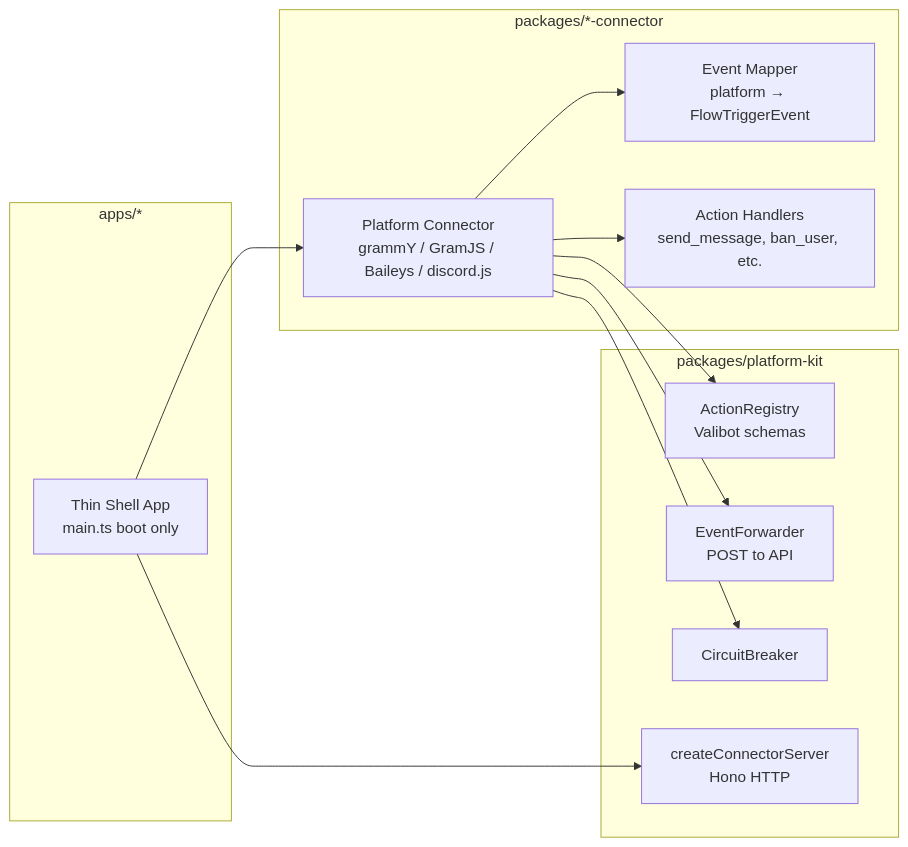
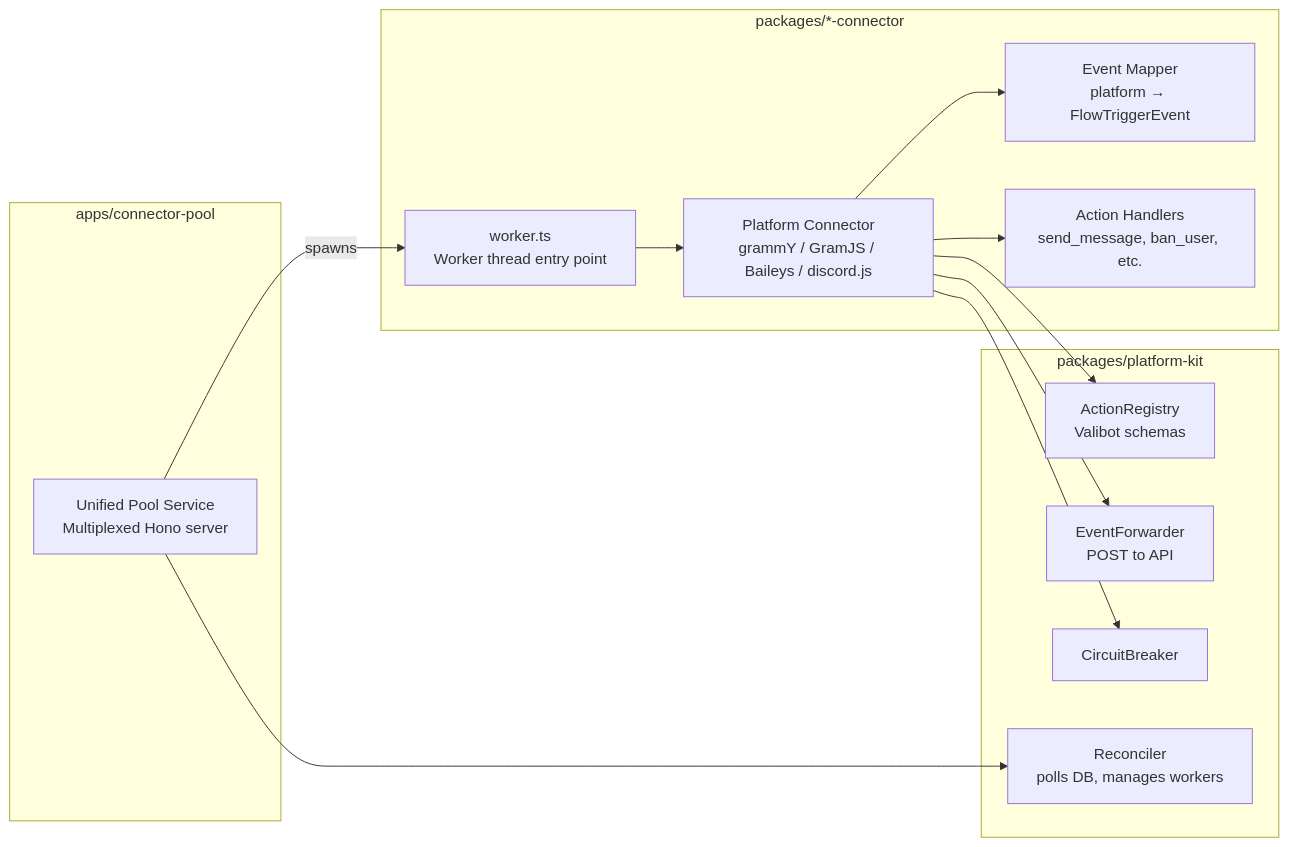
One commit to kolezka/flowbot changed the second of 10 diagrams in docs/system-design.md. Above: the diagram before and after it, drawn with Mermaid. The commit also changed other lines of this file and 1 other file, not shown here.

First line of the commit message:
docs: update README and system-design for unified connector pool

````diff
--- a/docs/system-design.md
+++ b/docs/system-design.md
@@ -70,27 +67,29 @@
 ```mermaid
 graph LR
     subgraph "packages/platform-kit"
         AR[ActionRegistry<br/>Valibot schemas]
         EF[EventForwarder<br/>POST to API]
         CB[CircuitBreaker]
-        SF[createConnectorServer<br/>Hono HTTP]
+        REC[Reconciler<br/>polls DB, manages workers]
     end
 
     subgraph "packages/*-connector"
         CON[Platform Connector<br/>grammY / GramJS / Baileys / discord.js]
+        WRK[worker.ts<br/>Worker thread entry point]
         MAP[Event Mapper<br/>platform → FlowTriggerEvent]
         ACT[Action Handlers<br/>send_message, ban_user, etc.]
     end
 
-    subgraph "apps/*"
-        SHELL[Thin Shell App<br/>main.ts boot only]
+    subgraph "apps/connector-pool"
+        POOL[Unified Pool Service<br/>Multiplexed Hono server]
     end
 
-    SHELL --> CON
+    POOL -->|spawns| WRK
+    WRK --> CON
     CON --> AR
     CON --> EF
     CON --> CB
-    SHELL --> SF
     CON --> MAP
     CON --> ACT
+    POOL --> REC
 ```
````
